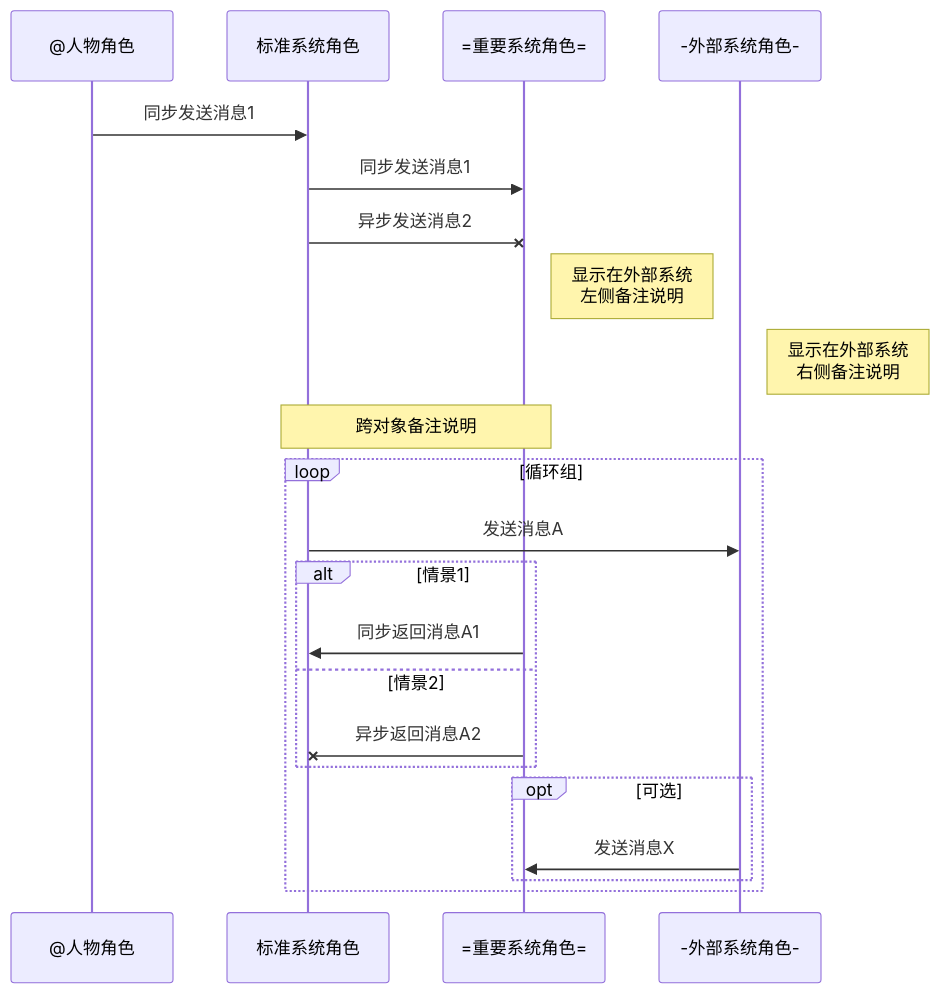
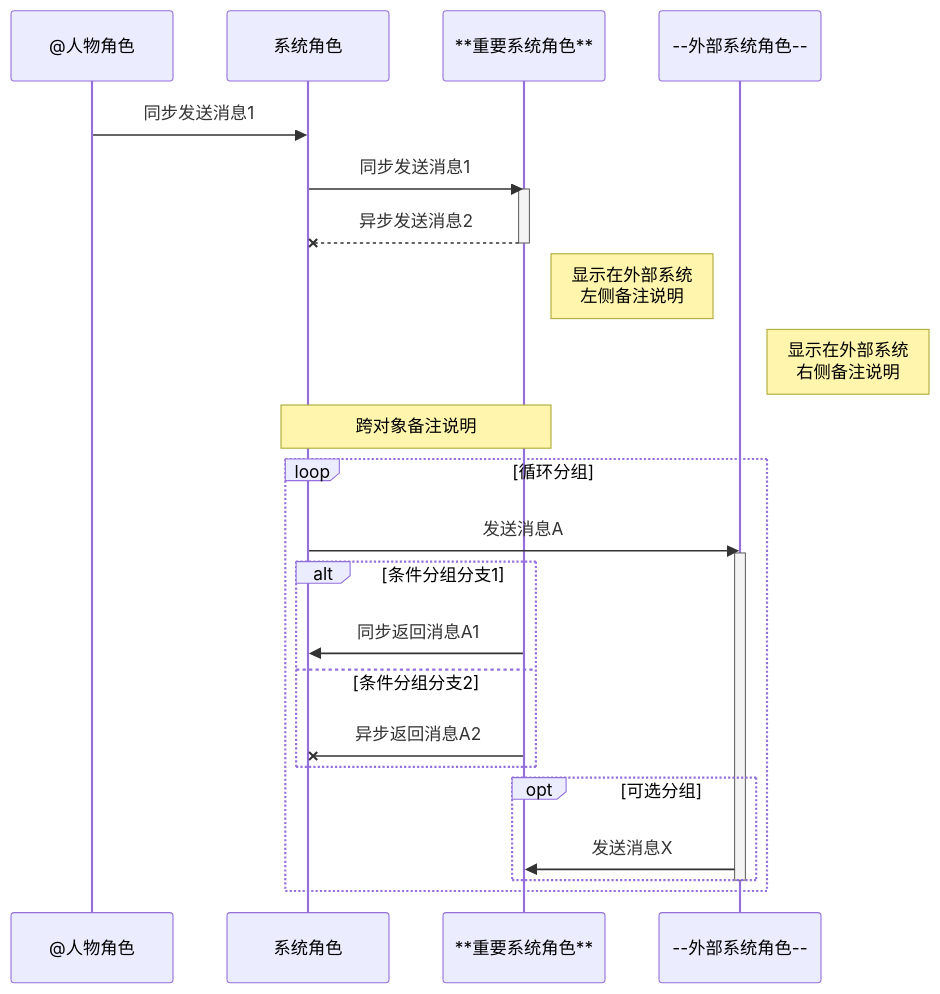
The fourth of 4 diagrams in 3-demo/VLOOK 快速参考手册.md (MadMaxChow/VLOOK), drawn with Mermaid before and after one commit. The commit also changed other lines of this file and 49 other files, not shown here.

````diff
--- a/3-demo/VLOOK 快速参考手册.md
+++ b/3-demo/VLOOK 快速参考手册.md
@@ -327,25 +413,29 @@
 ```mermaid
 sequenceDiagram
 participant User as @人物角色
-participant Client as 标准系统角色
-participant Server as =重要系统角色=
-participant Extend as -外部系统角色-
+participant Client as 系统角色
+participant Server as **重要系统角色**
+participant Extend as --外部系统角色--
 
 User ->> Client: 同步发送消息1
 Client ->> Server: 同步发送消息1
-Client -X Server: 异步发送消息2
+activate Server
+Server --X Client: 异步发送消息2
+deactivate Server
 Note left of Extend: 显示在外部系统<br>左侧备注说明
 Note right of Extend: 显示在外部系统<br>右侧备注说明
 Note over Client,Server: 跨对象备注说明
-loop 循环组
+loop 循环分组
 	Client ->> Extend: 发送消息A
-	alt 情景1
+	activate Extend
+	alt 条件分组分支1
 		Server ->> Client: 同步返回消息A1
-	else 情景2
+	else 条件分组分支2
 		Server -X Client: 异步返回消息A2
 	end
-	opt 可选
+	opt 可选分组
 		Extend ->> Server: 发送消息X
 	end
+	deactivate Extend
 end
 ```
````
